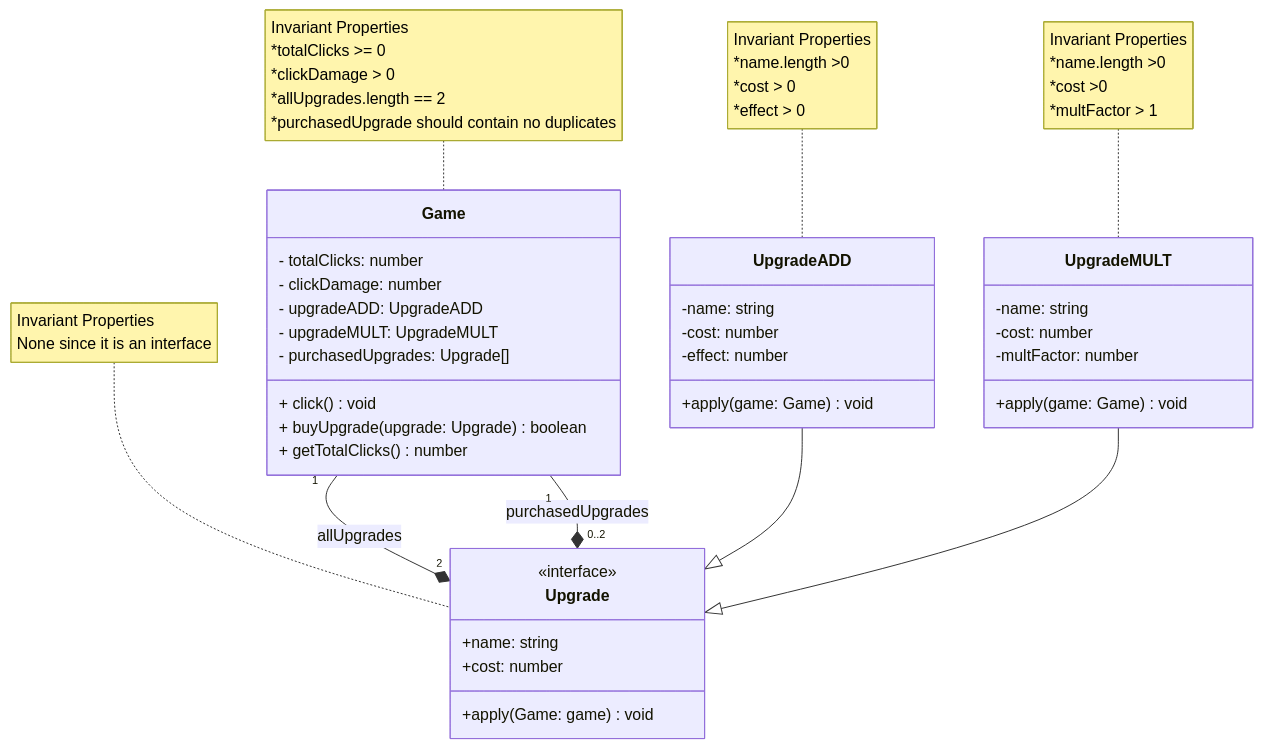
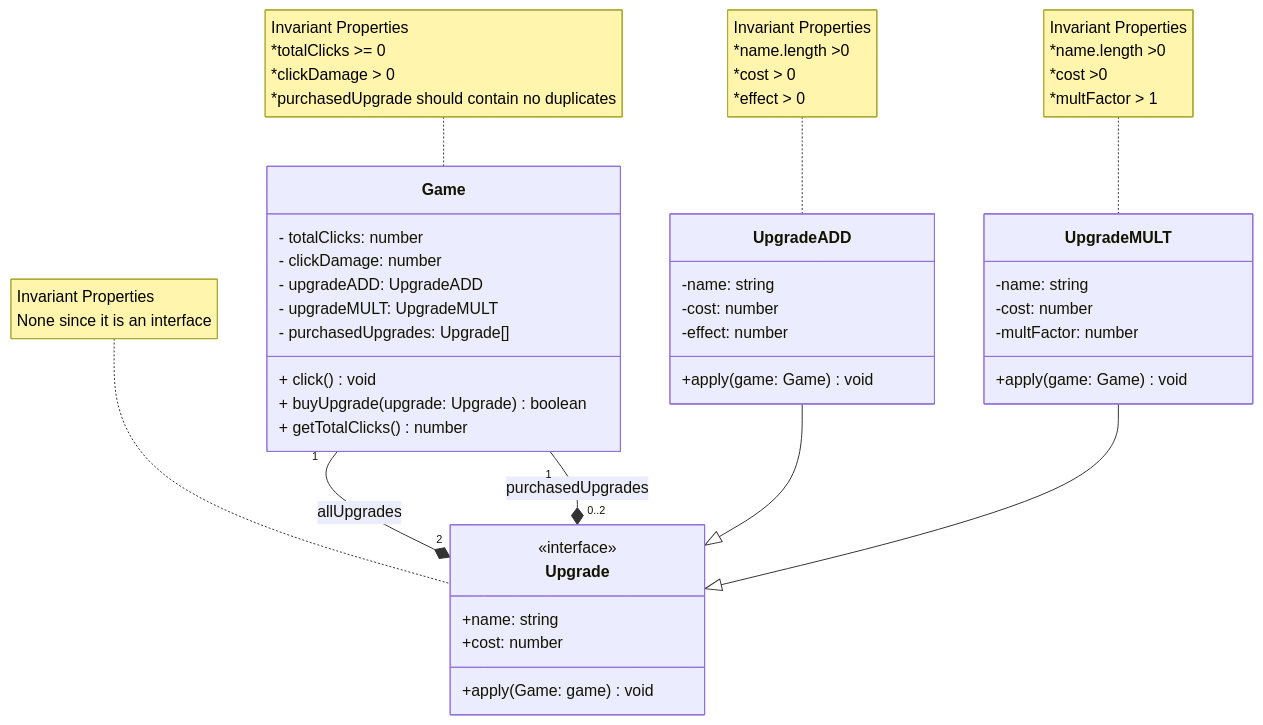
Before and after one commit to mahmudl-1/2452-Clicker: the diagram in domain.md, drawn with Mermaid. The commit also changed 5 other files, not shown here.

````diff
--- a/domain.md
+++ b/domain.md
@@ -9,67 +9,66 @@
 ```mermaid
 classDiagram
     class Game{
         %% Assuming getters and constructors are placed
         - totalClicks: number
         - clickDamage: number
         - upgradeADD: UpgradeADD
         - upgradeMULT: UpgradeMULT
         - purchasedUpgrades: Upgrade[]
         + click() void
         %%Implements the upgrade, increases clicks and spends clicks
         %%calls Upgrade apply
         + buyUpgrade(upgrade: Upgrade) boolean
         + getTotalClicks() number
     }
     note for Game "Invariant Properties
                     *totalClicks >= 0
                     *clickDamage > 0
-                    *allUpgrades.length == 2
                     *purchasedUpgrade should contain no duplicates"
     
     class Upgrade{
        <<interface>>
        +name: string
        +cost: number
        +apply(Game: game) void
     }
     
     note for Upgrade "Invariant Properties
                       None since it is an interface"
     
     class UpgradeADD{
         -name: string
         -cost: number
         -effect: number
         +apply(game: Game) void
     }
     
     note for UpgradeADD "Invariant Properties
                          *name.length >0
                          *cost > 0
                          *effect > 0
                         "       
     
     class UpgradeMULT{
         -name: string
         -cost: number
         -multFactor: number
         +apply(game: Game) void
     }
     
     note for UpgradeMULT "Invariant Properties
                           *name.length >0
                           *cost >0 
                           *multFactor > 1
                           "
     
  %%Cardinality composition
     Game "1" --* "2" Upgrade: allUpgrades
     Game "1" --* "0..2" Upgrade: purchasedUpgrades
      
 %% Implements
     UpgradeADD --|> Upgrade
     UpgradeMULT --|> Upgrade
     
     
 ```
````
